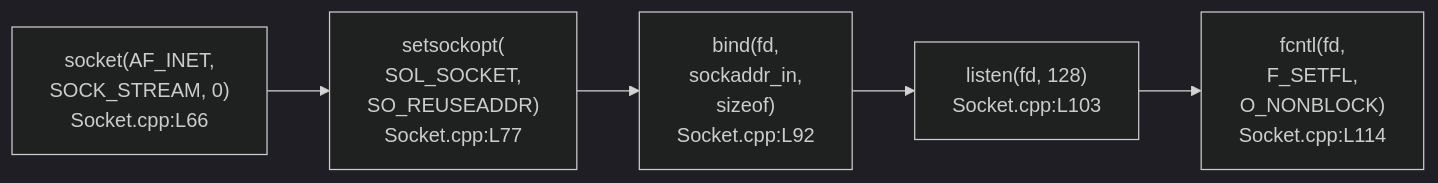
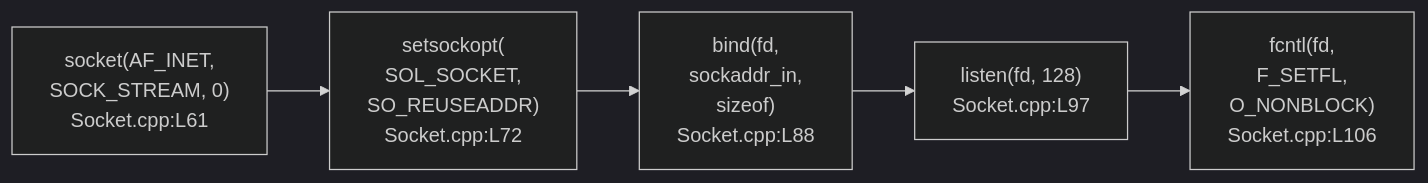
Before and after one commit to aziddineelm/Webserv: the third of 7 diagrams in README/personAtmp/architecture_and_flow_diagrams.md, drawn with Mermaid (dark theme). The commit also changed other lines of this file and 1 other file, not shown here.

Commit message:
docs: update architecture documentation and remove redundant phase concepts file

````diff
--- a/README/personAtmp/architecture_and_flow_diagrams.md
+++ b/README/personAtmp/architecture_and_flow_diagrams.md
@@ -309,7 +315,7 @@
 ```mermaid
 flowchart LR
-    S1["socket(AF_INET,\nSOCK_STREAM, 0)\nSocket.cpp:L66"] --> S2["setsockopt(\nSOL_SOCKET,\nSO_REUSEADDR)\nSocket.cpp:L77"]
-    S2 --> S3["bind(fd,\nsockaddr_in,\nsizeof)\nSocket.cpp:L92"]
-    S3 --> S4["listen(fd, 128)\nSocket.cpp:L103"]
-    S4 --> S5["fcntl(fd,\nF_SETFL,\nO_NONBLOCK)\nSocket.cpp:L114"]
+    S1["socket(AF_INET,\nSOCK_STREAM, 0)\nSocket.cpp:L61"] --> S2["setsockopt(\nSOL_SOCKET,\nSO_REUSEADDR)\nSocket.cpp:L72"]
+    S2 --> S3["bind(fd,\nsockaddr_in,\nsizeof)\nSocket.cpp:L88"]
+    S3 --> S4["listen(fd, 128)\nSocket.cpp:L97"]
+    S4 --> S5["fcntl(fd,\nF_SETFL,\nO_NONBLOCK)\nSocket.cpp:L106"]
 ```
````
